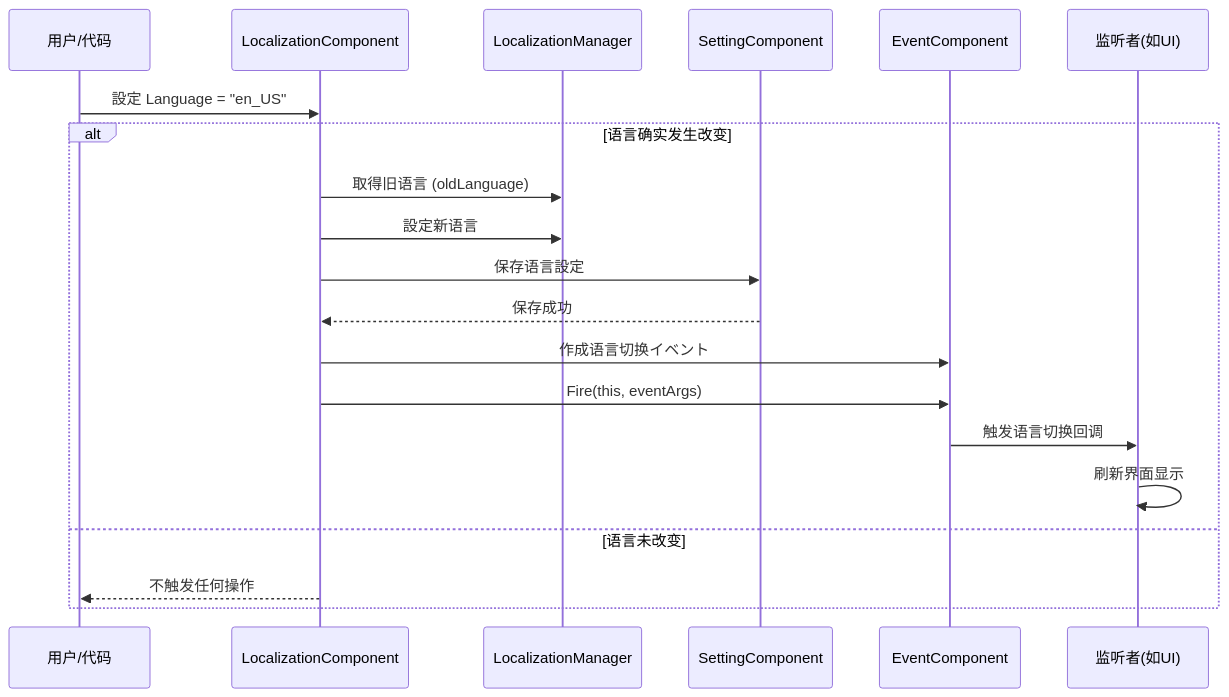
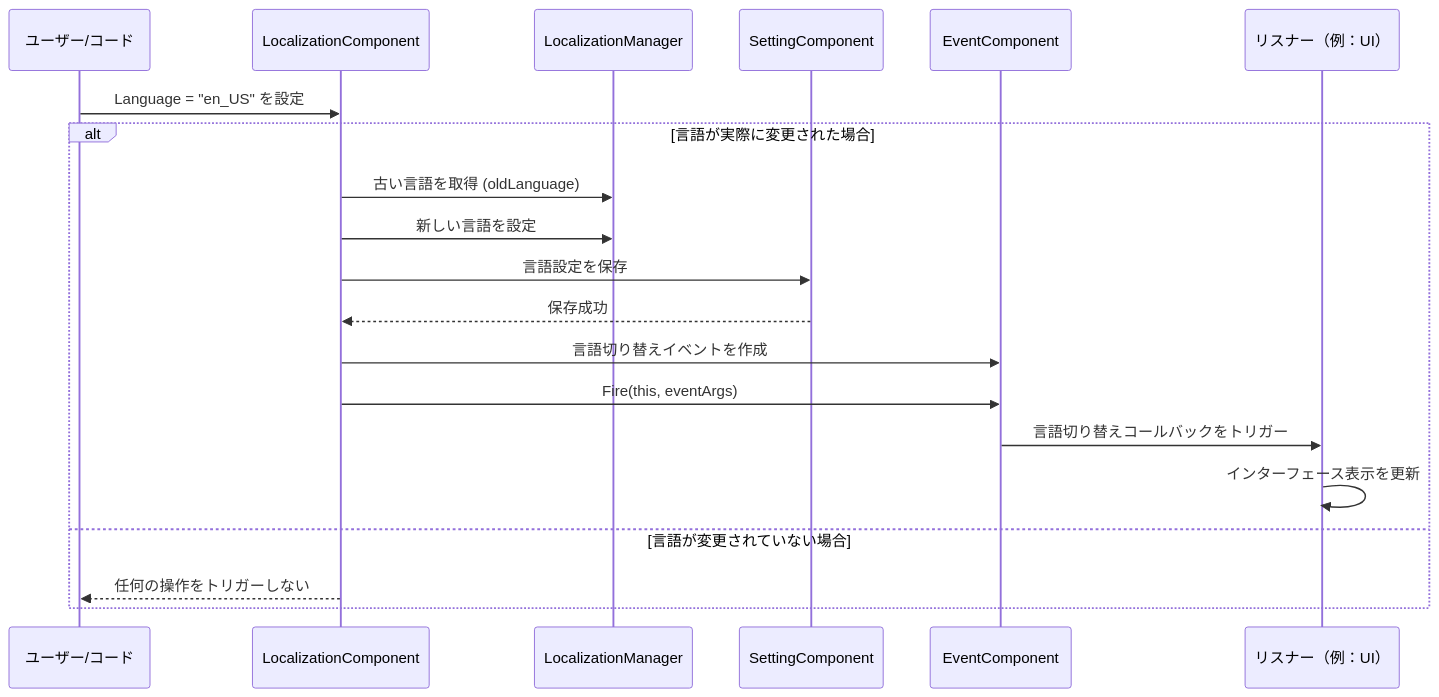
The second of 2 diagrams in docs/ja/client/unity/component/localization/06.language-switching.md (AlianBlank/GameFrameX.Docs), drawn with Mermaid before and after one commit. The commit also changed other lines of this file and 320 other files, not shown here.

````diff
--- a/docs/ja/client/unity/component/localization/06.language-switching.md
+++ b/docs/ja/client/unity/component/localization/06.language-switching.md
@@ -52,24 +52,24 @@
 ```mermaid
 sequenceDiagram
-    participant User as 用户/代码
+    participant User as ユーザー/コード
     participant LocComp as LocalizationComponent
     participant LocMgr as LocalizationManager
     participant Setting as SettingComponent
     participant Event as EventComponent
-    participant Listener as 监听者(如UI)
+    participant Listener as リスナー（例：UI）
 
-    User->>LocComp: 設定 Language = "en_US"
-    
-    alt 语言确实发生改变
-        LocComp->>LocMgr: 取得旧语言 (oldLanguage)
-        LocComp->>LocMgr: 設定新语言
-        LocComp->>Setting: 保存语言設定
+    User->>LocComp: Language = "en_US" を設定
+
+    alt 言語が実際に変更された場合
+        LocComp->>LocMgr: 古い言語を取得 (oldLanguage)
+        LocComp->>LocMgr: 新しい言語を設定
+        LocComp->>Setting: 言語設定を保存
         Setting-->>LocComp: 保存成功
-        LocComp->>Event: 作成语言切换イベント
+        LocComp->>Event: 言語切り替えイベントを作成
         LocComp->>Event: Fire(this, eventArgs)
-        Event->>Listener: 触发语言切换回调
-        Listener->>Listener: 刷新界面显示
-    else 语言未改变
-        LocComp-->>User: 不触发任何操作
+        Event->>Listener: 言語切り替えコールバックをトリガー
+        Listener->>Listener: インターフェース表示を更新
+    else 言語が変更されていない場合
+        LocComp-->>User: 任何の操作をトリガーしない
     end
 ```
````
